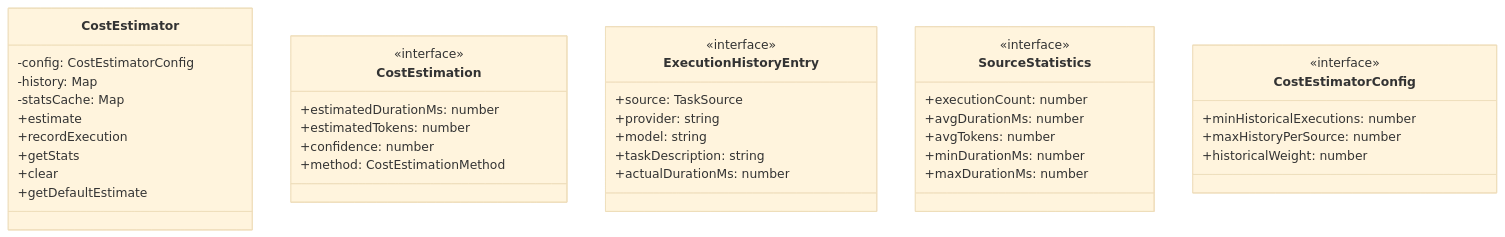
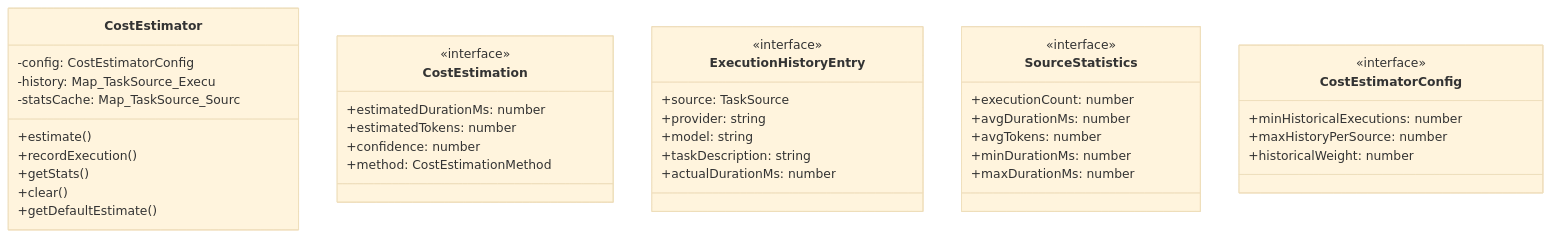
One commit to Mekann2904/mekann changed the first of 4 diagrams in ABDD/.pi/lib/cost-estimator.md. Above: the diagram before and after it, drawn with Mermaid (base theme). The commit also changed other lines of this file and 174 other files, not shown here.

First line of the commit message:
fix(docs): ABDDのMermaid図生成エラーを修正する

````diff
--- a/ABDD/.pi/lib/cost-estimator.md
+++ b/ABDD/.pi/lib/cost-estimator.md
@@ -40,42 +40,42 @@
 ```mermaid
 classDiagram
   class CostEstimator {
     -config: CostEstimatorConfig
-    -history: Map<TaskSourceExecutionHistoryEntry[]>
-    -statsCache: Map<TaskSourceSourceStatistics>
-    +estimate
-    +recordExecution
-    +getStats
-    +clear
-    +getDefaultEstimate
+    -history: Map_TaskSource_Execu
+    -statsCache: Map_TaskSource_Sourc
+    +estimate()
+    +recordExecution()
+    +getStats()
+    +clear()
+    +getDefaultEstimate()
   }
   class CostEstimation {
     <<interface>>
     +estimatedDurationMs: number
     +estimatedTokens: number
     +confidence: number
     +method: CostEstimationMethod
   }
   class ExecutionHistoryEntry {
     <<interface>>
     +source: TaskSource
     +provider: string
     +model: string
     +taskDescription: string
     +actualDurationMs: number
   }
   class SourceStatistics {
     <<interface>>
     +executionCount: number
     +avgDurationMs: number
     +avgTokens: number
     +minDurationMs: number
     +maxDurationMs: number
   }
   class CostEstimatorConfig {
     <<interface>>
     +minHistoricalExecutions: number
     +maxHistoryPerSource: number
     +historicalWeight: number
   }
 ```
````
